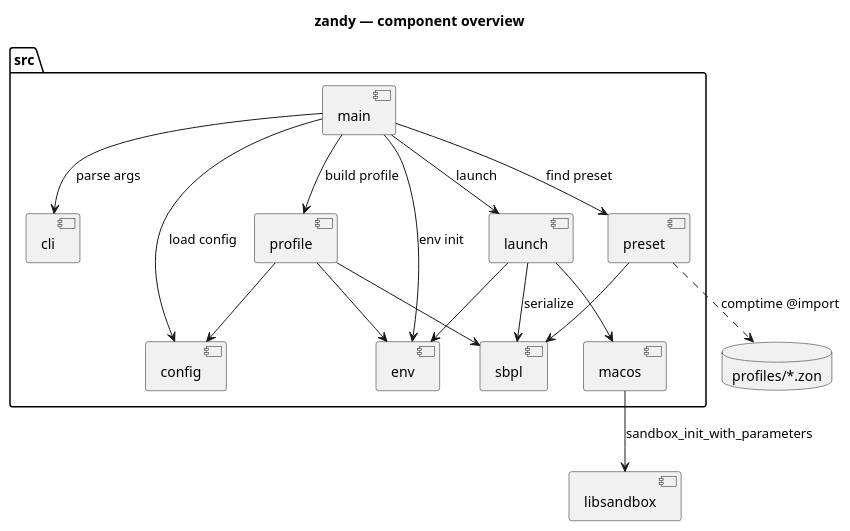
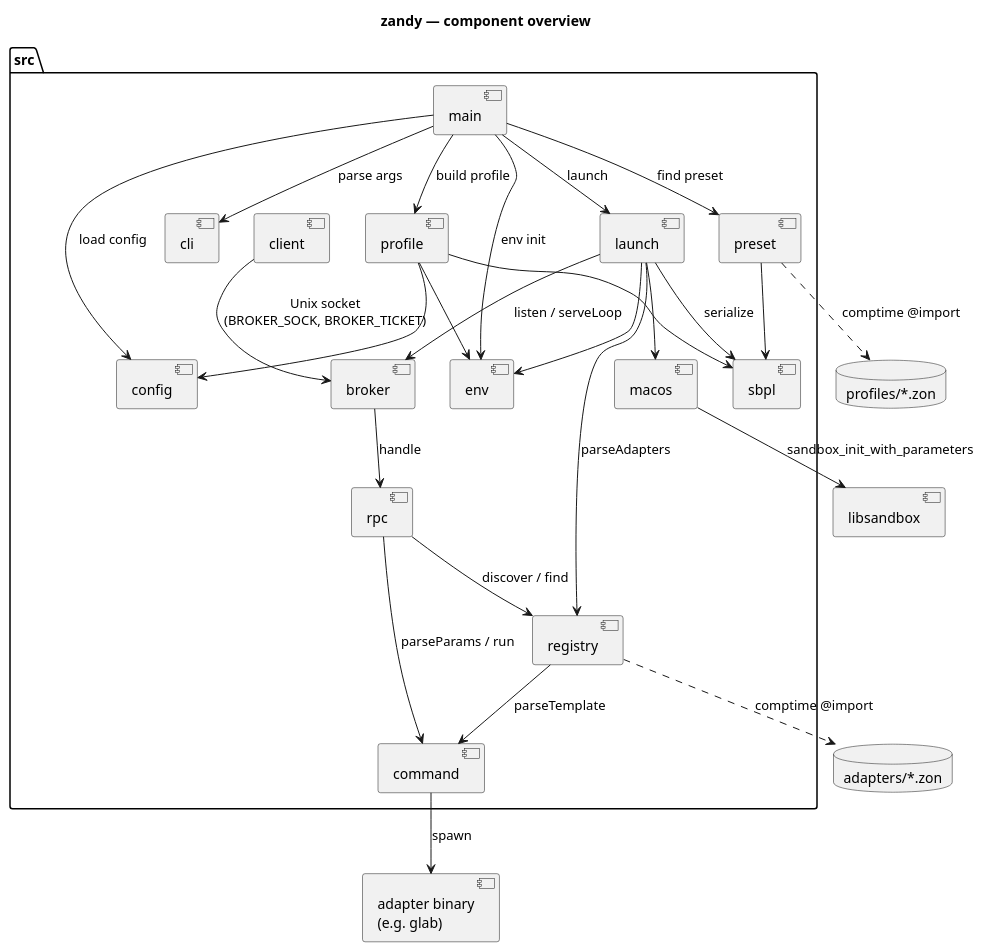
Before and after one commit to tbsklg/zandy: the diagram in docs/architecture.puml, drawn with PlantUML. The commit also changed 24 other files, not shown here.

```diff
--- a/docs/architecture.puml
+++ b/docs/architecture.puml
@@ -1,41 +1,60 @@
 @startuml architecture
 title zandy — component overview
 
 skinparam shadowing false
 
 package "src" {
   [main] as main
   [cli] as cli
   [preset] as preset
   [env] as env
   [config] as config
   [profile] as profile
   [launch] as launch
   [sbpl] as sbpl
   [macos] as macos
+  [broker] as broker
+  [rpc] as rpc
+  [registry] as registry
+  [command] as command
+  [client] as client
 }
 
 database "profiles/*.zon" as zon
+database "adapters/*.zon" as adapters
 component "libsandbox" as sandbox
+component "adapter binary\n(e.g. glab)" as tool
 
 main --> cli : parse args
 main --> preset : find preset
 main --> env : env init
 main --> config : load config
 main --> profile : build profile
 main --> launch : launch
 
 preset --> sbpl
 preset ..> zon : comptime @import
 
 profile --> sbpl
 profile --> env
 profile --> config
 
 launch --> sbpl : serialize
 launch --> env
 launch --> macos
+launch --> registry : parseAdapters
+launch --> broker : listen / serveLoop
+
+registry ..> adapters : comptime @import
+registry --> command : parseTemplate
+
+broker --> rpc : handle
+rpc --> registry : discover / find
+rpc --> command : parseParams / run
+command --> tool : spawn
+
+client --> broker : Unix socket\n(BROKER_SOCK, BROKER_TICKET)
 
 macos --> sandbox : sandbox_init_with_parameters
 
 @enduml
```
